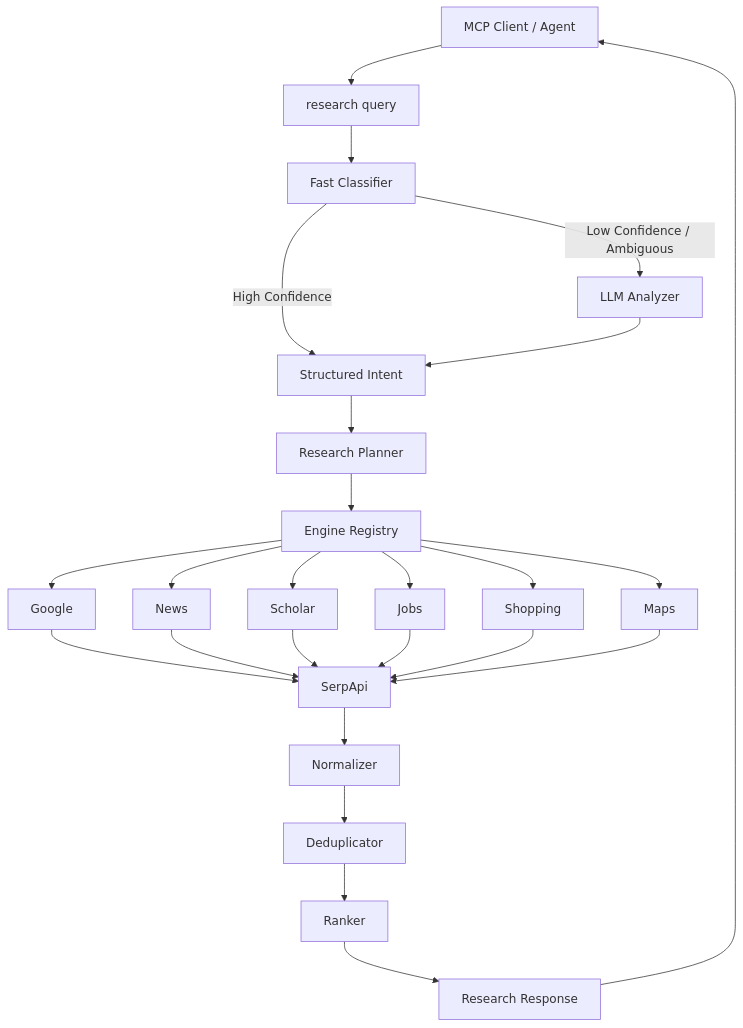
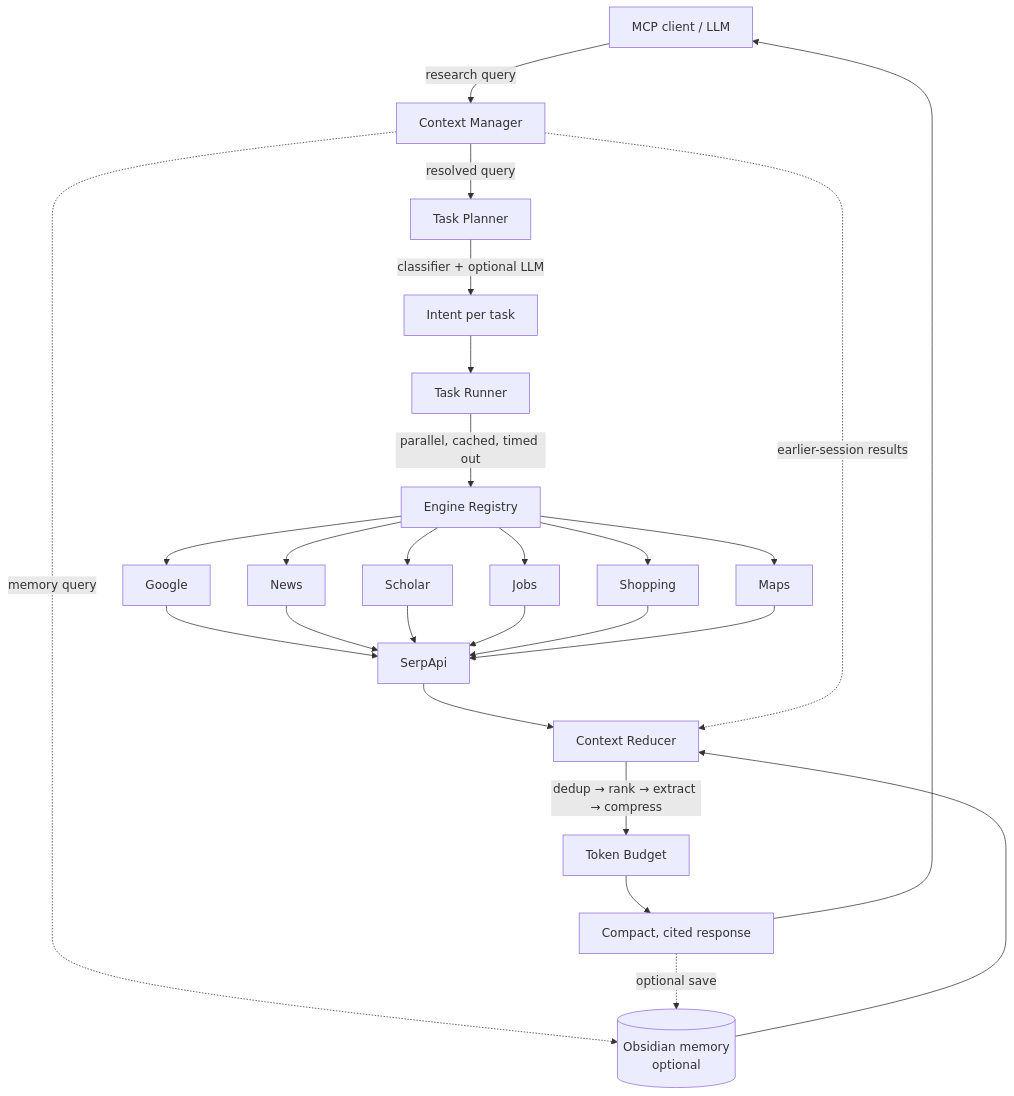
Before and after one commit to Atheshraman/ResearchRouter-: the diagram in README.md, drawn with Mermaid. The commit also changed other lines of this file and 36 other files, not shown here.

First line of the commit message:
Add context-aware, memory-aware research agent layer

````diff
--- a/README.md
+++ b/README.md
@@ -33,42 +41,18 @@
 ```mermaid
 graph TD
-
-A[MCP Client / Agent]
-B[research query]
-C[Fast Classifier]
-D[LLM Analyzer]
-E[Structured Intent]
-F[Research Planner]
-G[Engine Registry]
-
-A --> B
-B --> C
-
-C -->|High Confidence| E
-C -->|Low Confidence / Ambiguous| D
-
-D --> E
-E --> F
-F --> G
-
-G --> H[Google]
-G --> I[News]
-G --> J[Scholar]
-G --> K[Jobs]
-G --> L[Shopping]
-G --> M[Maps]
-
-H --> N[SerpApi]
-I --> N
-J --> N
-K --> N
-L --> N
-M --> N
-
-N --> O[Normalizer]
-O --> P[Deduplicator]
-P --> Q[Ranker]
-Q --> R[Research Response]
-
-R --> A
+  A[MCP client / LLM] -->|research query| B[Context Manager]
+  B -->|resolved query| C[Task Planner]
+  C -->|classifier + optional LLM| D[Intent per task]
+  D --> E[Task Runner]
+  B -.->|memory query| M[(Obsidian memory<br/>optional)]
+  E -->|parallel, cached, timed out| F[Engine Registry]
+  F --> G1[Google] & G2[News] & G3[Scholar] & G4[Jobs] & G5[Shopping] & G6[Maps]
+  G1 & G2 & G3 & G4 & G5 & G6 --> S[SerpApi]
+  S --> R[Context Reducer]
+  M --> R
+  B -.->|earlier-session results| R
+  R -->|dedup → rank → extract → compress| T[Token Budget]
+  T --> O[Compact, cited response]
+  O --> A
+  O -.->|optional save| M
 ```
````
